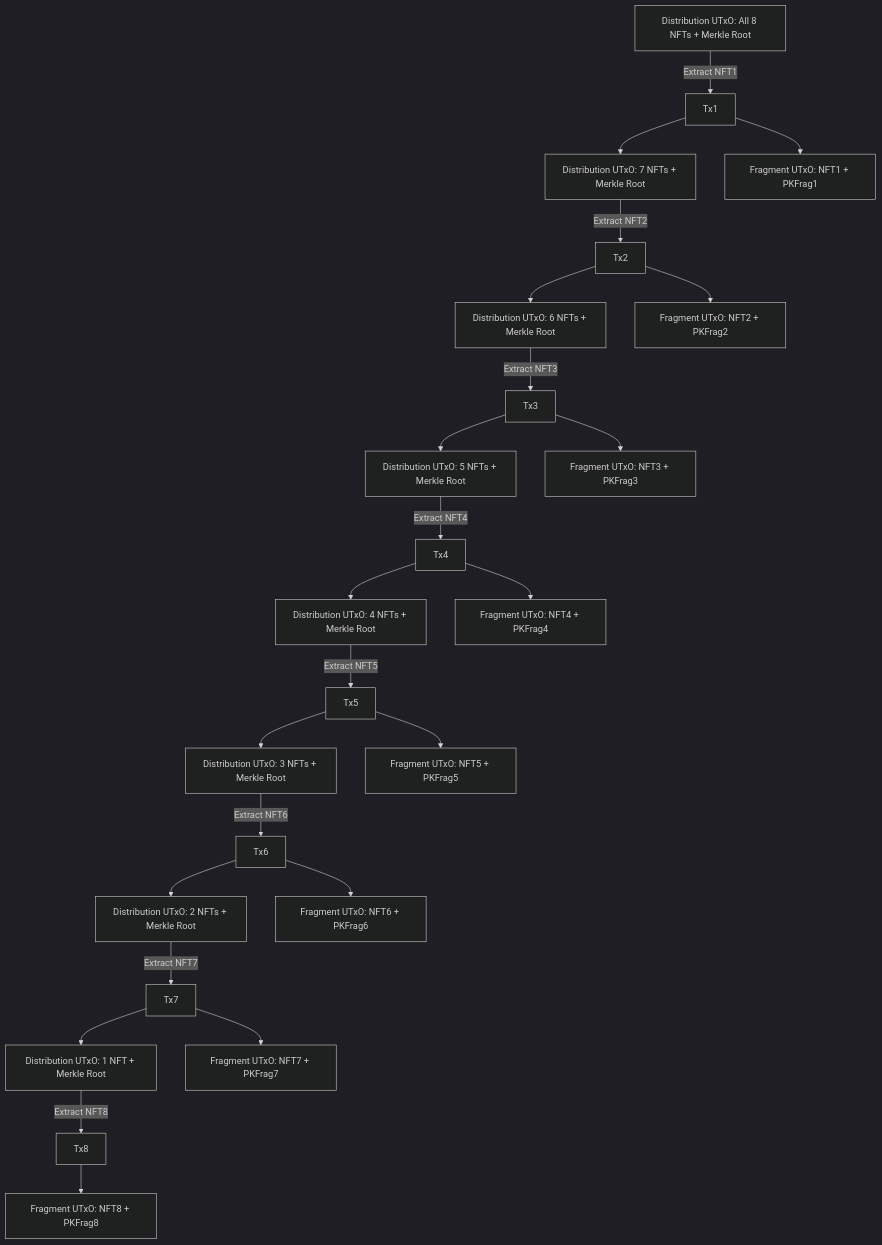
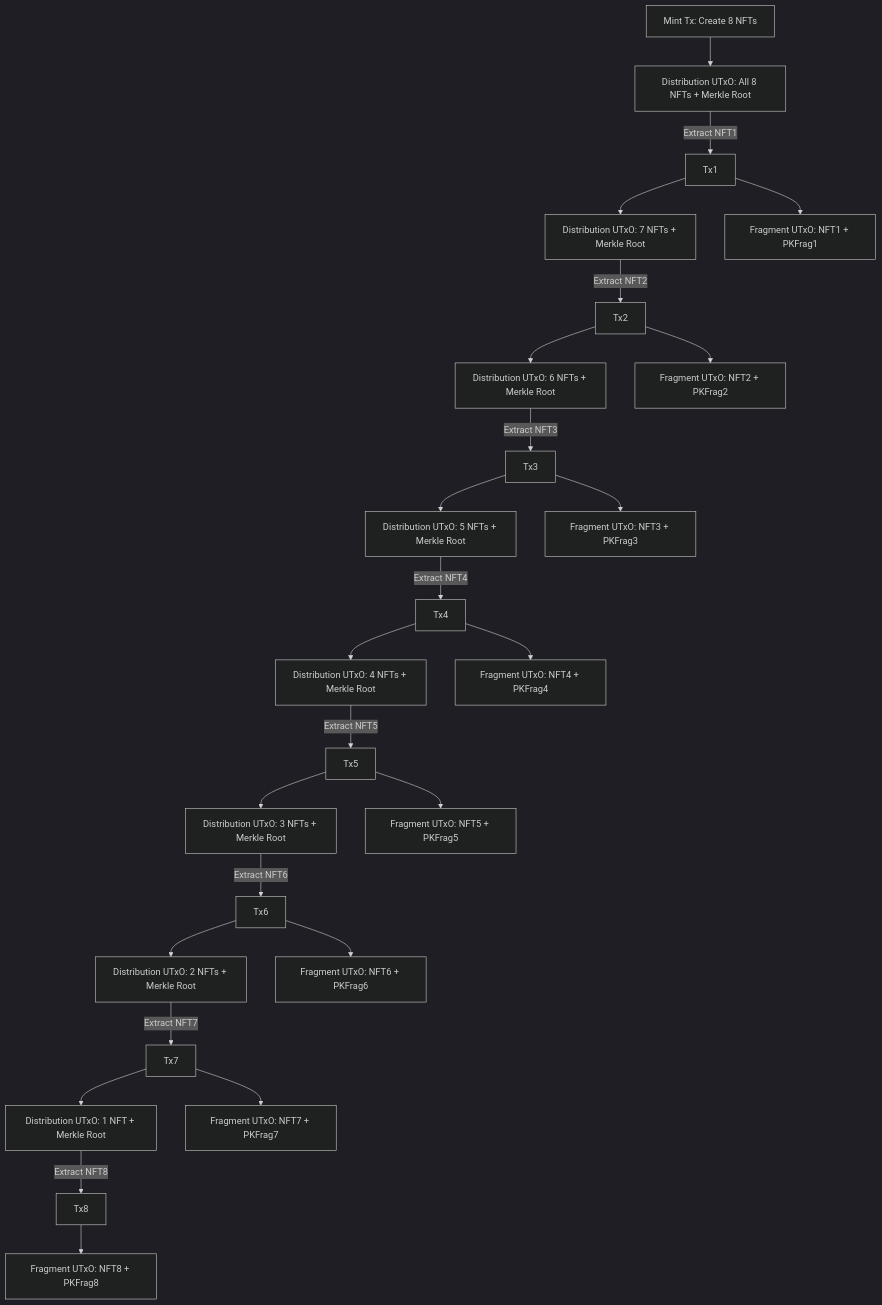
One commit to willpiam/lamport-cardano changed the second of 2 diagrams in docs/validation_over_multiple_steps.md. Above: the diagram before and after it, drawn with Mermaid (dark theme). The commit also changed other lines of this file, not shown here.

Commit message:
add mint tx to diagram

````diff
--- a/docs/validation_over_multiple_steps.md
+++ b/docs/validation_over_multiple_steps.md
@@ -55,34 +55,37 @@
 ```mermaid
 flowchart TD
+    %% Minting transaction
+    M[Mint Tx: Create 8 NFTs] --> D1[Distribution UTxO: All 8 NFTs + Merkle Root]
+
     %% Initial state
-    D1[Distribution UTxO: All 8 NFTs + Merkle Root] -->|Extract NFT1| T1[Tx1]
+    D1 -->|Extract NFT1| T1[Tx1]
     T1 --> D2[Distribution UTxO: 7 NFTs + Merkle Root]
     T1 --> F1[Fragment UTxO: NFT1 + PKFrag1]
 
     D2 -->|Extract NFT2| T2[Tx2]
     T2 --> D3[Distribution UTxO: 6 NFTs + Merkle Root]
     T2 --> F2[Fragment UTxO: NFT2 + PKFrag2]
 
     D3 -->|Extract NFT3| T3[Tx3]
     T3 --> D4[Distribution UTxO: 5 NFTs + Merkle Root]
     T3 --> F3[Fragment UTxO: NFT3 + PKFrag3]
 
     D4 -->|Extract NFT4| T4[Tx4]
     T4 --> D5[Distribution UTxO: 4 NFTs + Merkle Root]
     T4 --> F4[Fragment UTxO: NFT4 + PKFrag4]
 
     D5 -->|Extract NFT5| T5[Tx5]
     T5 --> D6[Distribution UTxO: 3 NFTs + Merkle Root]
     T5 --> F5[Fragment UTxO: NFT5 + PKFrag5]
 
     D6 -->|Extract NFT6| T6[Tx6]
     T6 --> D7[Distribution UTxO: 2 NFTs + Merkle Root]
     T6 --> F6[Fragment UTxO: NFT6 + PKFrag6]
 
     D7 -->|Extract NFT7| T7[Tx7]
     T7 --> D8[Distribution UTxO: 1 NFT + Merkle Root]
     T7 --> F7[Fragment UTxO: NFT7 + PKFrag7]
 
     D8 -->|Extract NFT8| T8[Tx8]
     T8 --> F8[Fragment UTxO: NFT8 + PKFrag8]
 ```
````
